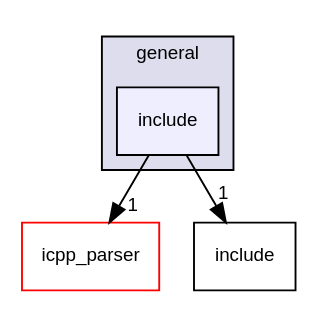
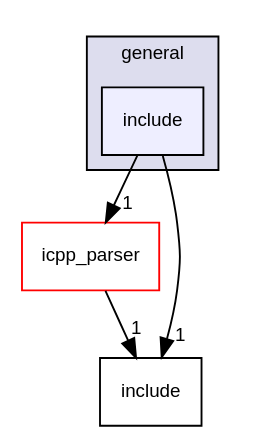
The diagram in docs/kta/doc/dir_b64dbe13b43be106e4ce5c0865e2bb52_dep.dot (Kudelski-IoT/keySTREAM_provisioning), drawn with Graphviz before and after one commit. The commit also changed 155 other files, not shown here.

```diff
--- a/docs/kta/doc/dir_b64dbe13b43be106e4ce5c0865e2bb52_dep.dot
+++ b/docs/kta/doc/dir_b64dbe13b43be106e4ce5c0865e2bb52_dep.dot
@@ -1,13 +1,14 @@
 digraph "include" {
   compound=true
   node [ fontsize="10", fontname="Helvetica"];
   edge [ labelfontsize="10", labelfontname="Helvetica"];
   subgraph clusterdir_0035c26b3779a454e9f59b98e5e5e84a {
     graph [ bgcolor="#ddddee", pencolor="black", label="general" fontname="Helvetica", fontsize="10", URL="dir_0035c26b3779a454e9f59b98e5e5e84a.html"]
   dir_b64dbe13b43be106e4ce5c0865e2bb52 [shape=box, label="include", style="filled", fillcolor="#eeeeff", pencolor="black", URL="dir_b64dbe13b43be106e4ce5c0865e2bb52.html"];
   }
   dir_9a09475e64ca178f832d9cd2d32ea8b5 [shape=box label="icpp_parser" fillcolor="white" style="filled" color="red" URL="dir_9a09475e64ca178f832d9cd2d32ea8b5.html"];
   dir_d44c64559bbebec7f509842c48db8b23 [shape=box label="include" URL="dir_d44c64559bbebec7f509842c48db8b23.html"];
+  dir_9a09475e64ca178f832d9cd2d32ea8b5->dir_d44c64559bbebec7f509842c48db8b23 [headlabel="1", labeldistance=1.5 headhref="dir_000012_000015.html"];
   dir_b64dbe13b43be106e4ce5c0865e2bb52->dir_9a09475e64ca178f832d9cd2d32ea8b5 [headlabel="1", labeldistance=1.5 headhref="dir_000011_000012.html"];
   dir_b64dbe13b43be106e4ce5c0865e2bb52->dir_d44c64559bbebec7f509842c48db8b23 [headlabel="1", labeldistance=1.5 headhref="dir_000011_000015.html"];
 }
```
